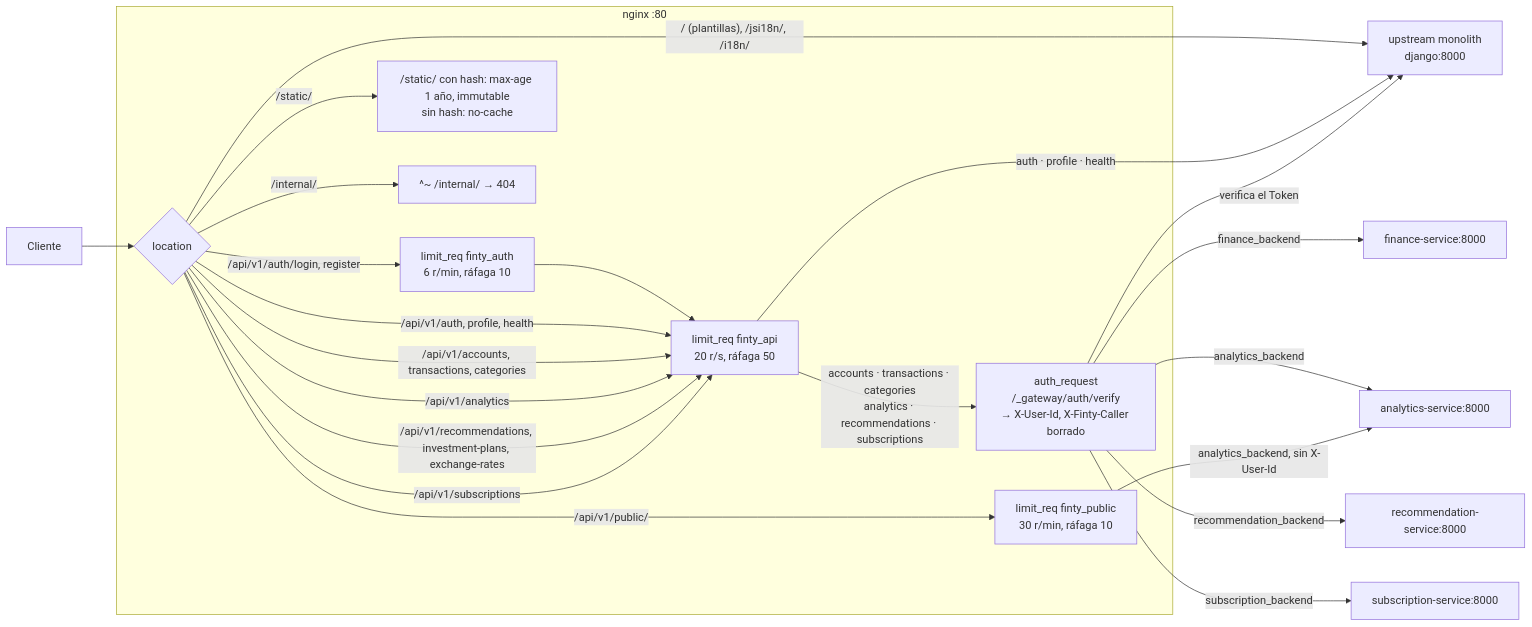
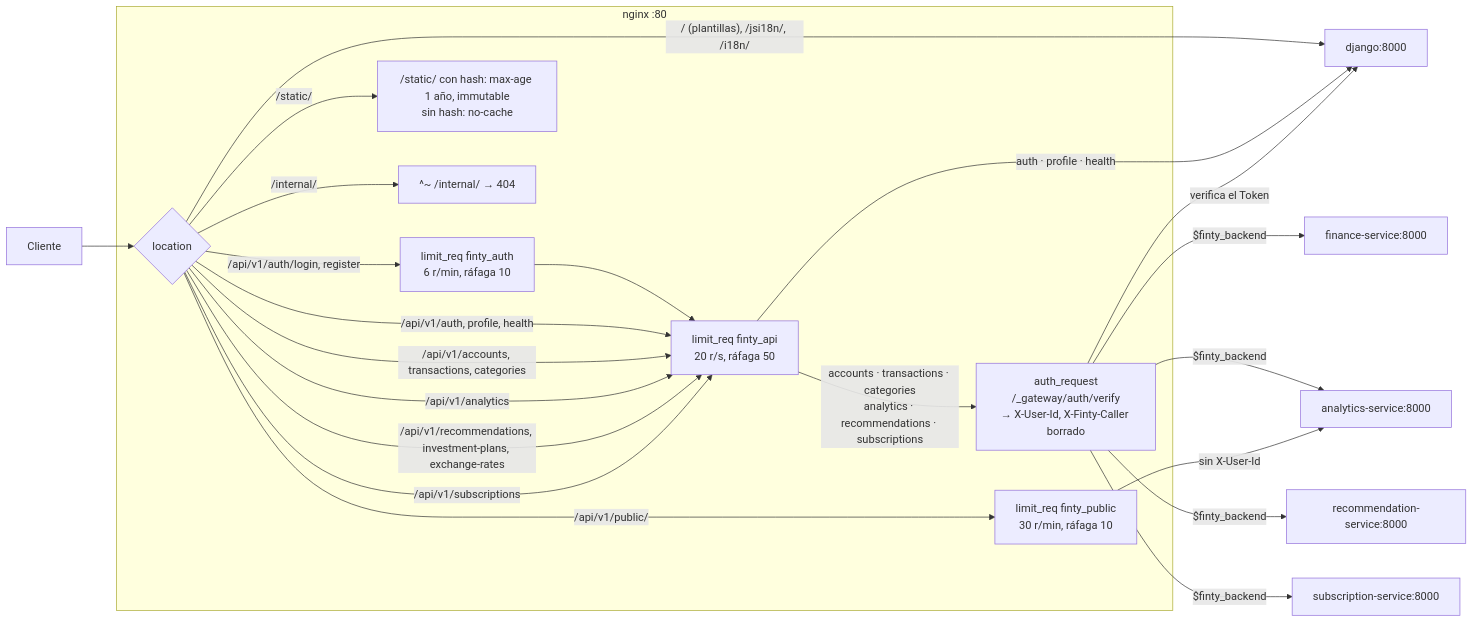
Diagram 15 of 17 in docs/ARCHITECTURE.md (tsepulvedf/Finty), drawn with Mermaid before and after one commit. The commit also changed other lines of this file and 3 other files, not shown here.

````diff
--- a/docs/ARCHITECTURE.md
+++ b/docs/ARCHITECTURE.md
@@ -1927,34 +1928,34 @@
 ```mermaid
 flowchart LR
     C["Cliente"] --> L
 
     subgraph NGX["nginx :80"]
         L{"location"}
         Z1["limit_req finty_auth<br/>6 r/min, ráfaga 10"]
         Z2["limit_req finty_api<br/>20 r/s, ráfaga 50"]
         Z3["limit_req finty_public<br/>30 r/min, ráfaga 10"]
         AR["auth_request<br/>/_gateway/auth/verify<br/>→ X-User-Id, X-Finty-Caller borrado"]
         ST["/static/ con hash: max-age 1 año, immutable<br/>sin hash: no-cache"]
         IN["^~ /internal/ → 404"]
     end
 
     L -->|"/api/v1/auth/login, register"| Z1 --> Z2
     L -->|"/api/v1/auth, profile, health"| Z2
     L -->|"/api/v1/accounts, transactions, categories"| Z2
     L -->|"/api/v1/analytics"| Z2
     L -->|"/api/v1/recommendations, investment-plans, exchange-rates"| Z2
     L -->|"/api/v1/subscriptions"| Z2
     L -->|"/api/v1/public/"| Z3
     L -->|"/static/"| ST
     L -->|"/internal/"| IN
     L -->|"/ (plantillas), /jsi18n/, /i18n/"| MON
 
     Z2 -->|"accounts · transactions · categories<br/>analytics · recommendations · subscriptions"| AR
-    Z2 -->|"auth · profile · health"| MON["upstream monolith<br/>django:8000"]
+    Z2 -->|"auth · profile · health"| MON["django:8000"]
     AR -->|"verifica el Token"| MON
-    AR -->|"finance_backend"| FIN["finance-service:8000"]
-    AR -->|"analytics_backend"| ANA["analytics-service:8000"]
-    AR -->|"recommendation_backend"| REC["recommendation-service:8000"]
-    AR -->|"subscription_backend"| SUB["subscription-service:8000"]
-    Z3 -->|"analytics_backend, sin X-User-Id"| ANA
+    AR -->|"$finty_backend"| FIN["finance-service:8000"]
+    AR -->|"$finty_backend"| ANA["analytics-service:8000"]
+    AR -->|"$finty_backend"| REC["recommendation-service:8000"]
+    AR -->|"$finty_backend"| SUB["subscription-service:8000"]
+    Z3 -->|"sin X-User-Id"| ANA
 ```
````
